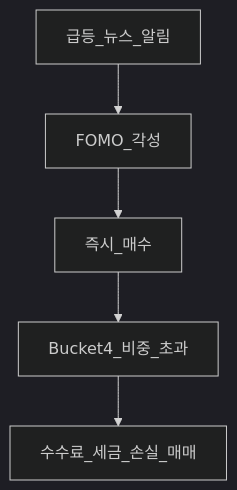
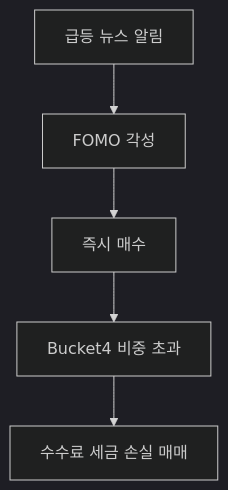
The first of 2 diagrams in 05-behavioral/fomo-and-trading-hours.md (goldanghenry/Finances), drawn with Mermaid (dark theme) before and after one commit. The commit also changed other lines of this file and 211 other files, not shown here.

````diff
--- a/05-behavioral/fomo-and-trading-hours.md
+++ b/05-behavioral/fomo-and-trading-hours.md
@@ -78,7 +87,7 @@
 ```mermaid
 flowchart TD
-  News[급등_뉴스_알림] --> FOMO[FOMO_각성]
-  FOMO --> Impulse[즉시_매수]
-  Impulse --> B4[Bucket4_비중_초과]
-  B4 --> Loss[수수료_세금_손실_매매]
+  News["급등 뉴스 알림"] --> FOMO["FOMO 각성"]
+  FOMO --> Impulse["즉시 매수"]
+  Impulse --> B4["Bucket4 비중 초과"]
+  B4 --> Loss["수수료 세금 손실 매매"]
 ```
````
